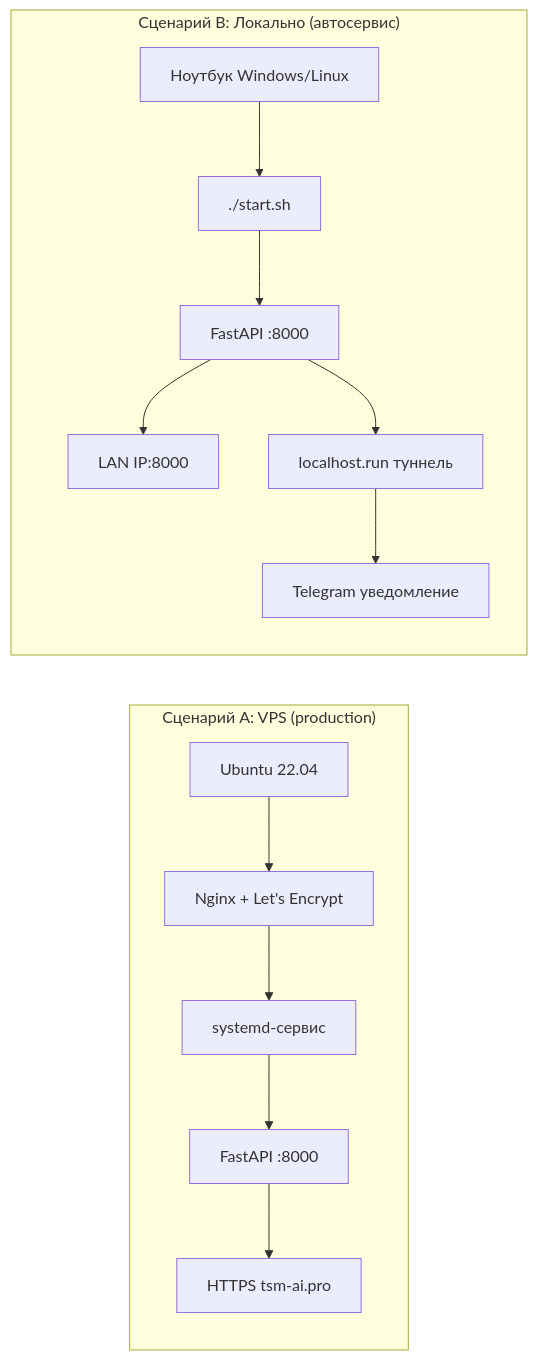
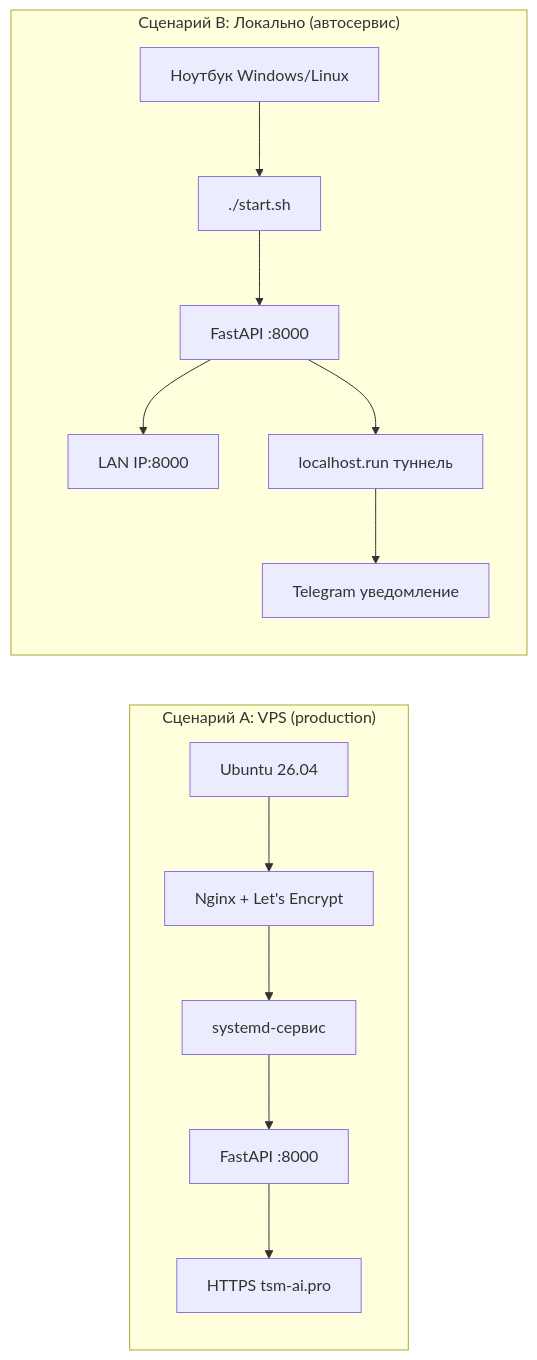
Before and after one commit to Mordvinov1980/tsm_auto: the diagram in readme.md, drawn with Mermaid. The commit also changed other lines of this file and 30 other files, not shown here.

````diff
--- a/readme.md
+++ b/readme.md
@@ -710,17 +624,17 @@
 ```mermaid
 flowchart LR
     subgraph A["Сценарий A: VPS (production)"]
-        A1[Ubuntu 22.04] --> A2[Nginx + Let's Encrypt]
+        A1[Ubuntu 26.04] --> A2[Nginx + Let's Encrypt]
         A2 --> A3[systemd-сервис]
         A3 --> A4[FastAPI :8000]
         A4 --> A5[HTTPS tsm-ai.pro]
     end
 
     subgraph B["Сценарий B: Локально (автосервис)"]
         B1[Ноутбук Windows/Linux] --> B2[./start.sh]
         B2 --> B3[FastAPI :8000]
         B3 --> B4[LAN IP:8000]
         B3 --> B5[localhost.run туннель]
         B5 --> B6[Telegram уведомление]
     end
 ```
````
